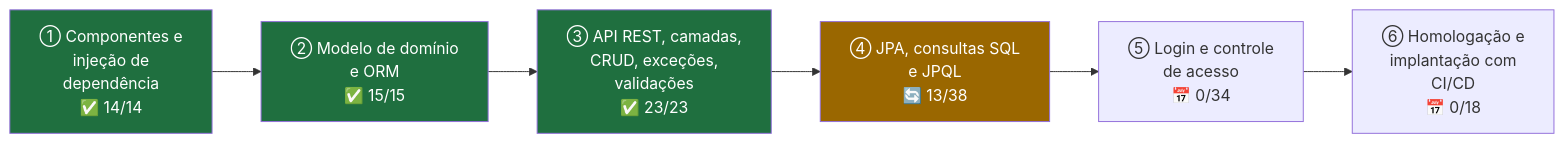
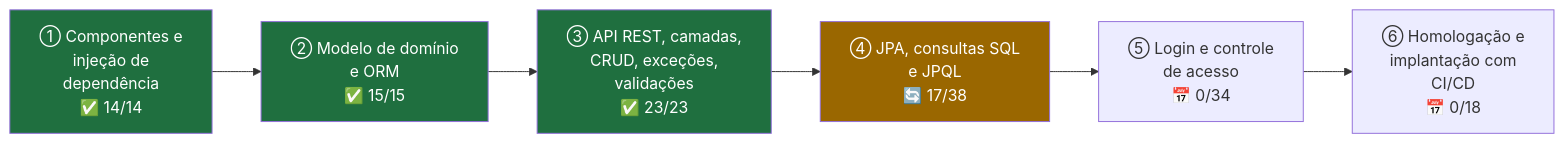
Diagram 20 of 22 in README.md (k3vinrich4rd/k3vinrich4rd), drawn with Mermaid before and after one commit. The commit also changed other lines of this file and 2 other files, not shown here.

````diff
--- a/README.md
+++ b/README.md
@@ -2685,8 +2685,8 @@
 ```mermaid
 flowchart LR
-    C1["① Componentes e<br/>injeção de<br/>dependência<br/>✅ 14/14"] --> C2["② Modelo de domínio<br/>e ORM<br/>✅ 15/15"] --> C3["③ API REST, camadas,<br/>CRUD, exceções,<br/>validações<br/>✅ 23/23"] --> C4["④ JPA, consultas SQL<br/>e JPQL<br/>🔄 13/38"] --> C5["⑤ Login e controle<br/>de acesso<br/>📅 0/34"] --> C6["⑥ Homologação e<br/>implantação com<br/>CI/CD<br/>📅 0/18"]
+    C1["① Componentes e<br/>injeção de<br/>dependência<br/>✅ 14/14"] --> C2["② Modelo de domínio<br/>e ORM<br/>✅ 15/15"] --> C3["③ API REST, camadas,<br/>CRUD, exceções,<br/>validações<br/>✅ 23/23"] --> C4["④ JPA, consultas SQL<br/>e JPQL<br/>🔄 17/38"] --> C5["⑤ Login e controle<br/>de acesso<br/>📅 0/34"] --> C6["⑥ Homologação e<br/>implantação com<br/>CI/CD<br/>📅 0/18"]
     style C1 fill:#1f6f3f,color:#fff
     style C2 fill:#1f6f3f,color:#fff
     style C3 fill:#1f6f3f,color:#fff
     style C4 fill:#9a6700,color:#fff
 ```
````
